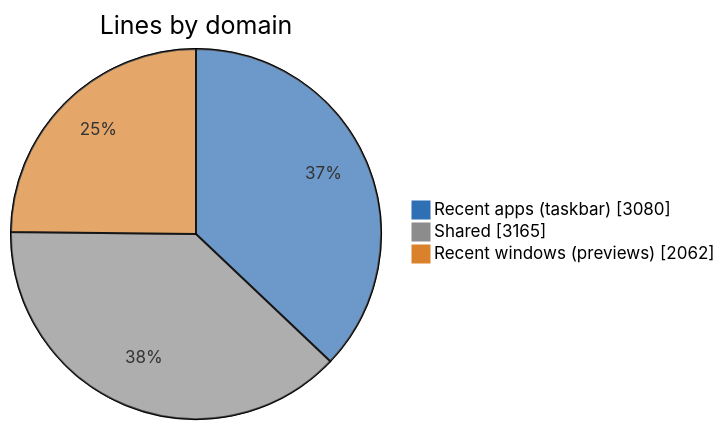
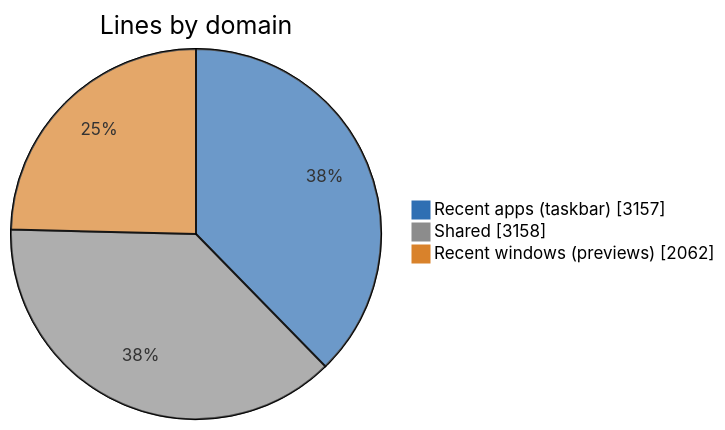
The first of 5 diagrams in doc/code/code-breakdown.md (jvlasek/taskbar-recent-focus-highlight), drawn with Mermaid before and after one commit. The commit also changed other lines of this file and 8 other files, not shown here.

````diff
--- a/doc/code/code-breakdown.md
+++ b/doc/code/code-breakdown.md
@@ -15,7 +15,7 @@
 ```mermaid
 %%{init: {"themeVariables": {"pie1": "#2F6FB3", "pie2": "#8C8C8C", "pie3": "#D9822B", "pieOuterStrokeWidth": "1px"}}}%%
 pie showData title Lines by domain
-    "Recent apps (taskbar)" : 3080
-    "Shared" : 3165
+    "Recent apps (taskbar)" : 3157
+    "Shared" : 3158
     "Recent windows (previews)" : 2062
 ```
````
